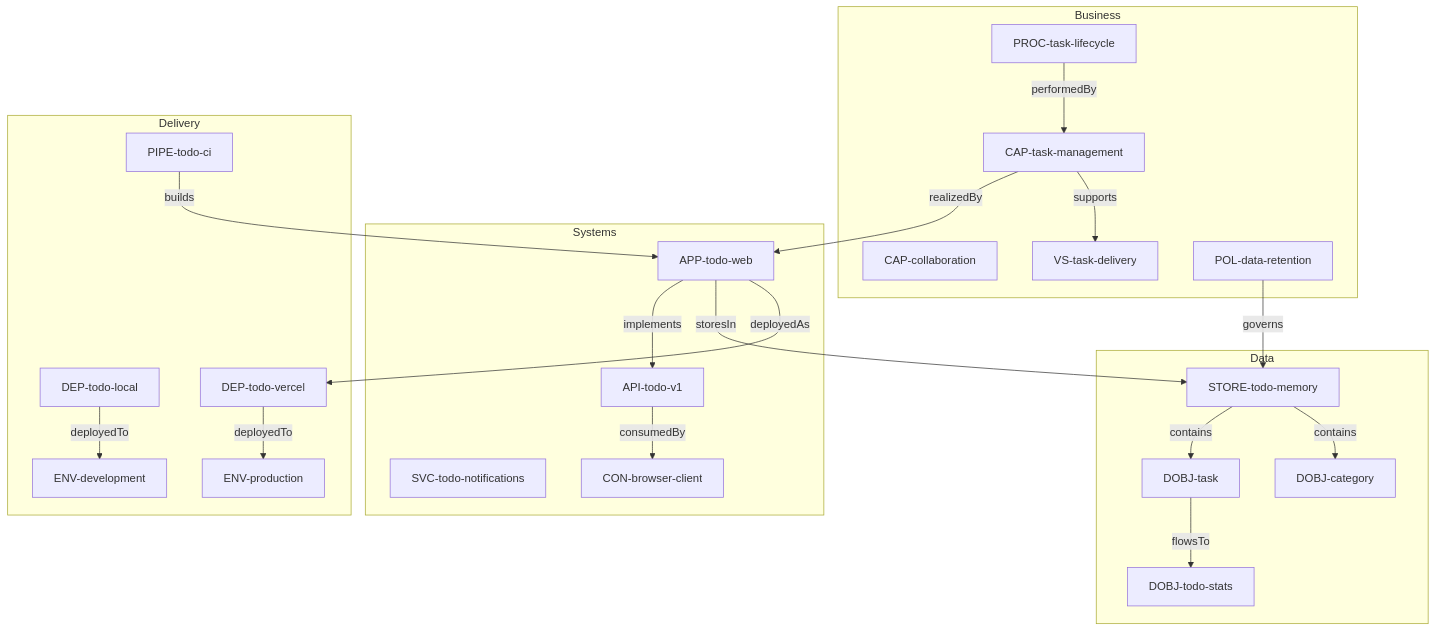
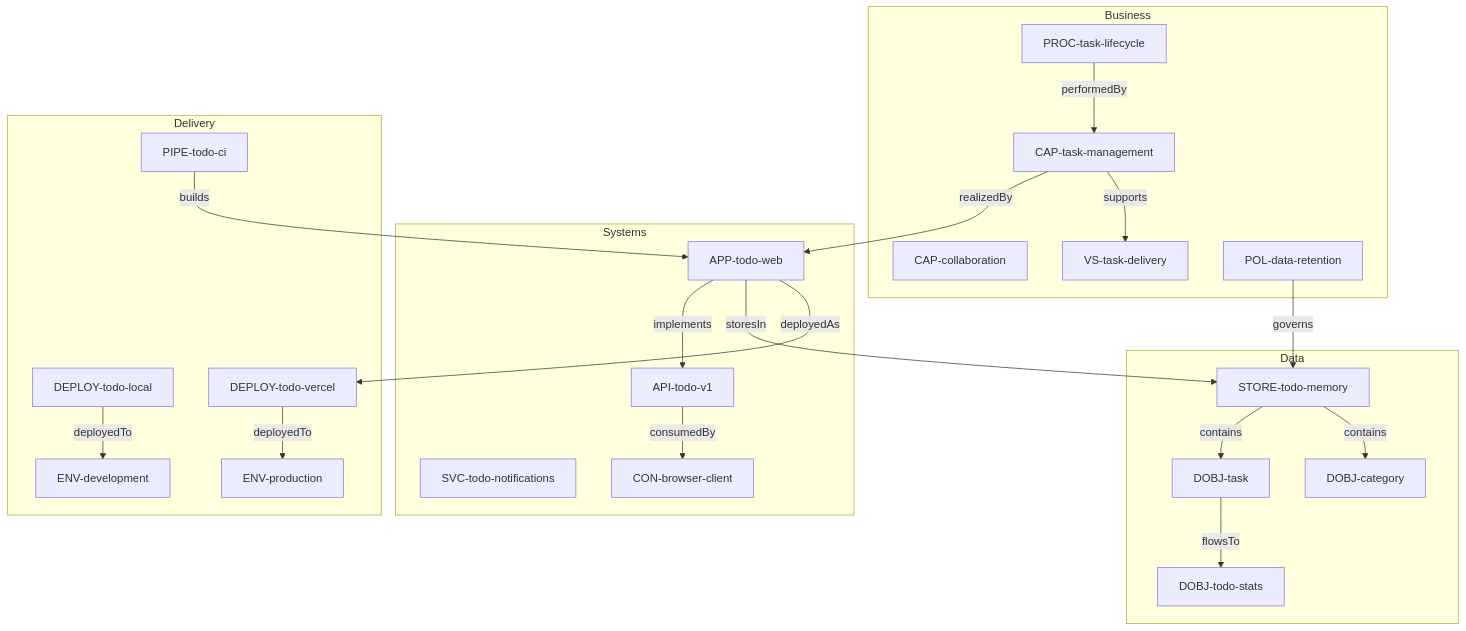
Before and after one commit to idvexchange/anchored-spec: the diagram in examples/todo-app/README.md, drawn with Mermaid. The commit also changed other lines of this file and 23 other files, not shown here.

First line of the commit message:
fix: resolve all validate errors in todo-app example

````diff
--- a/examples/todo-app/README.md
+++ b/examples/todo-app/README.md
@@ -67,47 +67,47 @@
 ```mermaid
 graph TB
     subgraph Business
         CAP-task-management
         CAP-collaboration
         VS-task-delivery
         PROC-task-lifecycle
         POL-data-retention
     end
 
     subgraph Systems
         APP-todo-web
         API-todo-v1
         SVC-todo-notifications
         CON-browser-client
     end
 
     subgraph Data
         STORE-todo-memory
         DOBJ-task
         DOBJ-category
         DOBJ-todo-stats
     end
 
     subgraph Delivery
         ENV-development
         ENV-production
-        DEP-todo-local
-        DEP-todo-vercel
+        DEPLOY-todo-local
+        DEPLOY-todo-vercel
         PIPE-todo-ci
     end
 
     CAP-task-management -->|realizedBy| APP-todo-web
     CAP-task-management -->|supports| VS-task-delivery
     PROC-task-lifecycle -->|performedBy| CAP-task-management
     APP-todo-web -->|implements| API-todo-v1
     APP-todo-web -->|storesIn| STORE-todo-memory
-    APP-todo-web -->|deployedAs| DEP-todo-vercel
+    APP-todo-web -->|deployedAs| DEPLOY-todo-vercel
     API-todo-v1 -->|consumedBy| CON-browser-client
     STORE-todo-memory -->|contains| DOBJ-task
     STORE-todo-memory -->|contains| DOBJ-category
     DOBJ-task -->|flowsTo| DOBJ-todo-stats
-    DEP-todo-local -->|deployedTo| ENV-development
-    DEP-todo-vercel -->|deployedTo| ENV-production
+    DEPLOY-todo-local -->|deployedTo| ENV-development
+    DEPLOY-todo-vercel -->|deployedTo| ENV-production
     PIPE-todo-ci -->|builds| APP-todo-web
     POL-data-retention -->|governs| STORE-todo-memory
 ```
````
